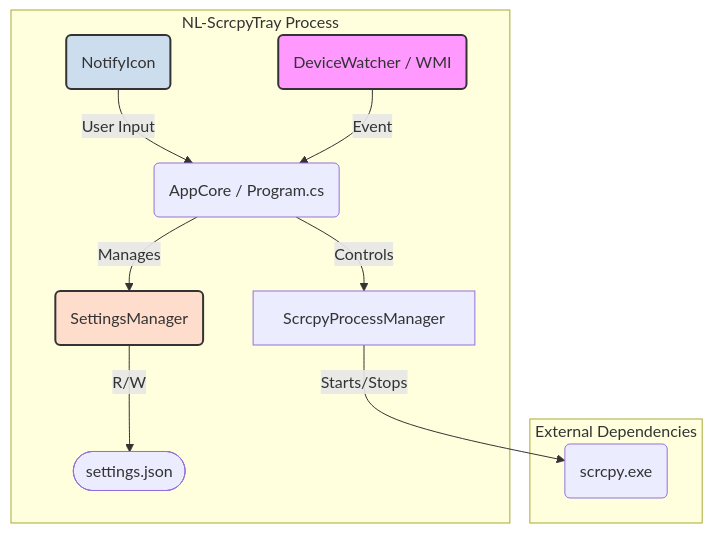
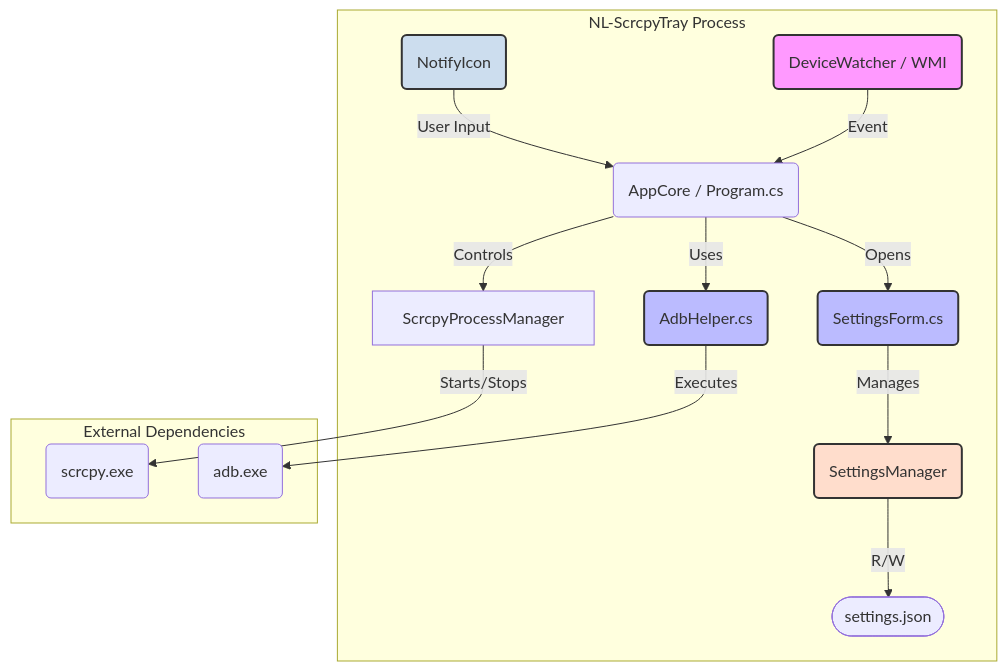
The diagram in markdown/docs/architecture.md (Nekolite-Studio/NL-ScrcpyTray), drawn with Mermaid before and after one commit. The commit also changed other lines of this file and 8 other files, not shown here.

````diff
--- a/markdown/docs/architecture.md
+++ b/markdown/docs/architecture.md
@@ -17,21 +17,28 @@
 ```mermaid
 graph TD
     subgraph "NL-ScrcpyTray Process"
         UI(NotifyIcon) -- User Input --> AppCore
-        AppCore(AppCore / Program.cs) -- Controls --> ScrcpyProcessManager
-        AppCore -- Manages --> SettingsManager
+        AppCore(AppCore / Program.cs) -- Opens --> SettingsForm(SettingsForm.cs)
+        AppCore -- Controls --> ScrcpyProcessManager
+        AppCore -- Uses --> AdbHelper(AdbHelper.cs)
         DeviceWatcher(DeviceWatcher / WMI) -- Event --> AppCore
+        
+        SettingsForm -- Manages --> SettingsManager
         SettingsManager(SettingsManager) -- R/W --> ConfigFile([settings.json])
     end
 
     ScrcpyProcessManager -- Starts/Stops --> ScrcpyProcess(scrcpy.exe)
+    AdbHelper -- Executes --> AdbProcess(adb.exe)
 
     subgraph "External Dependencies"
         ScrcpyProcess
+        AdbProcess
         ConfigFile
     end
 
     style UI fill:#cde,stroke:#333,stroke-width:2px
     style DeviceWatcher fill:#f9f,stroke:#333,stroke-width:2px
     style SettingsManager fill:#fdc,stroke:#333,stroke-width:2px
+    style SettingsForm fill:#bbf,stroke:#333,stroke-width:2px
+    style AdbHelper fill:#bbf,stroke:#333,stroke-width:2px
 ```
````
